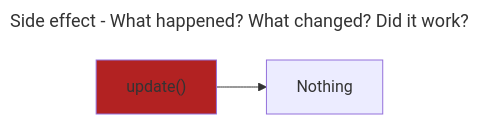
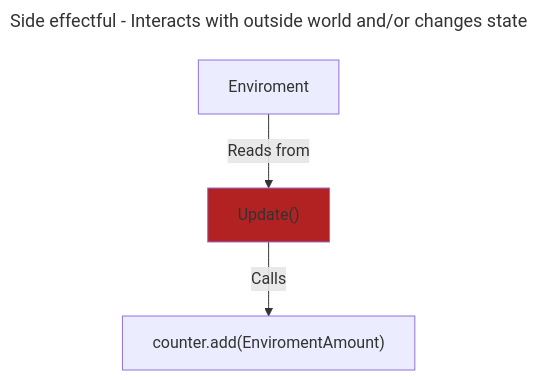
The fifth of 12 diagrams in structure.md (grierson/grierson), drawn with Mermaid before and after one commit. The commit also changed other lines of this file, not shown here.

````diff
--- a/structure.md
+++ b/structure.md
@@ -88,8 +82,9 @@
 ```mermaid
 ---
-title: Side effect - What happened? What changed? Did it work?
+title: Side effectful - Interacts with outside world and/or changes state
 ---
-flowchart LR
-  style Now fill:FireBrick
-  Now["update()"] --> Nothing
+flowchart TD
+  style Impure fill:FireBrick
+  Enviroment -- Reads from --> Impure
+  Impure["Update()"] -- Calls --> Email["counter.add(EnviromentAmount)"]
 ```
````
